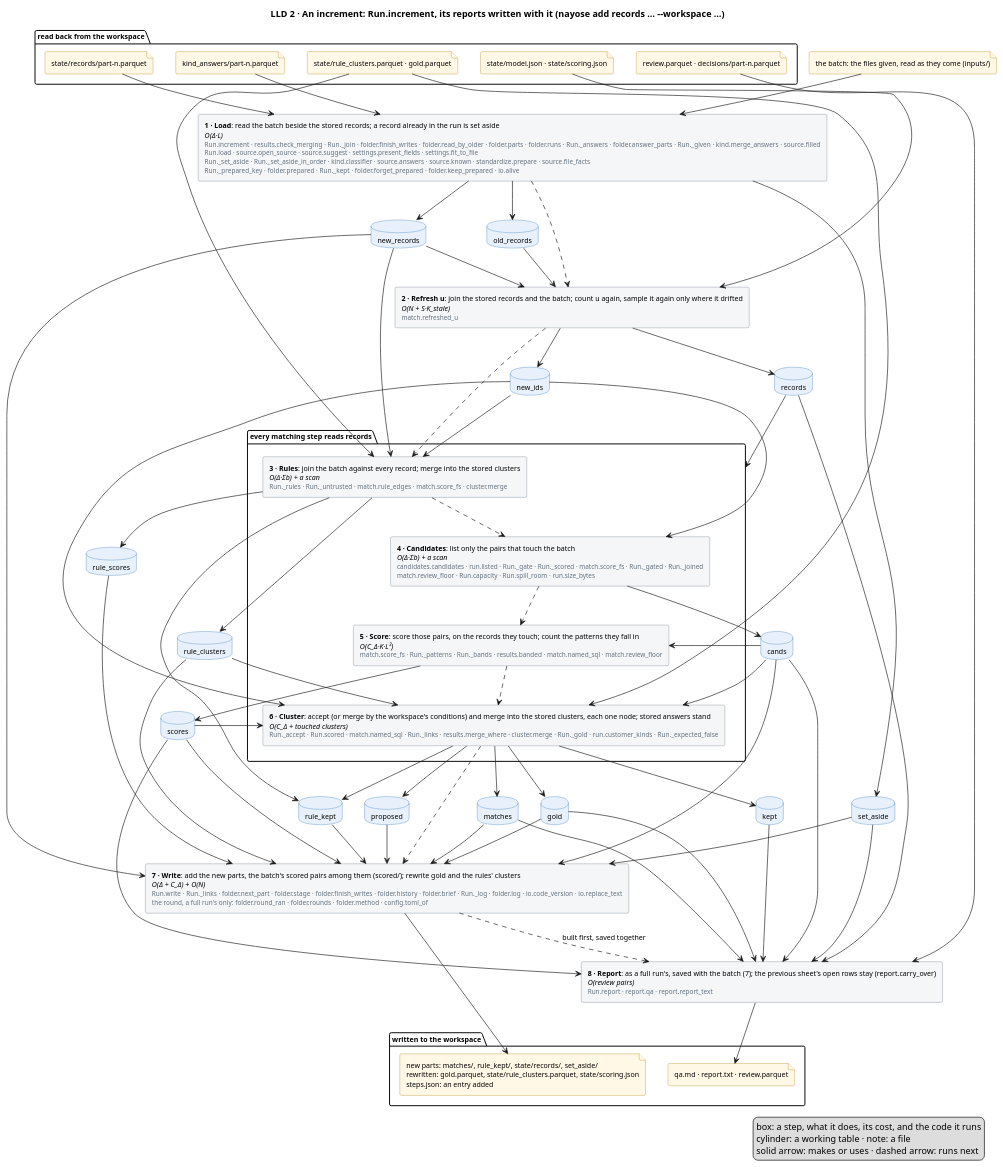
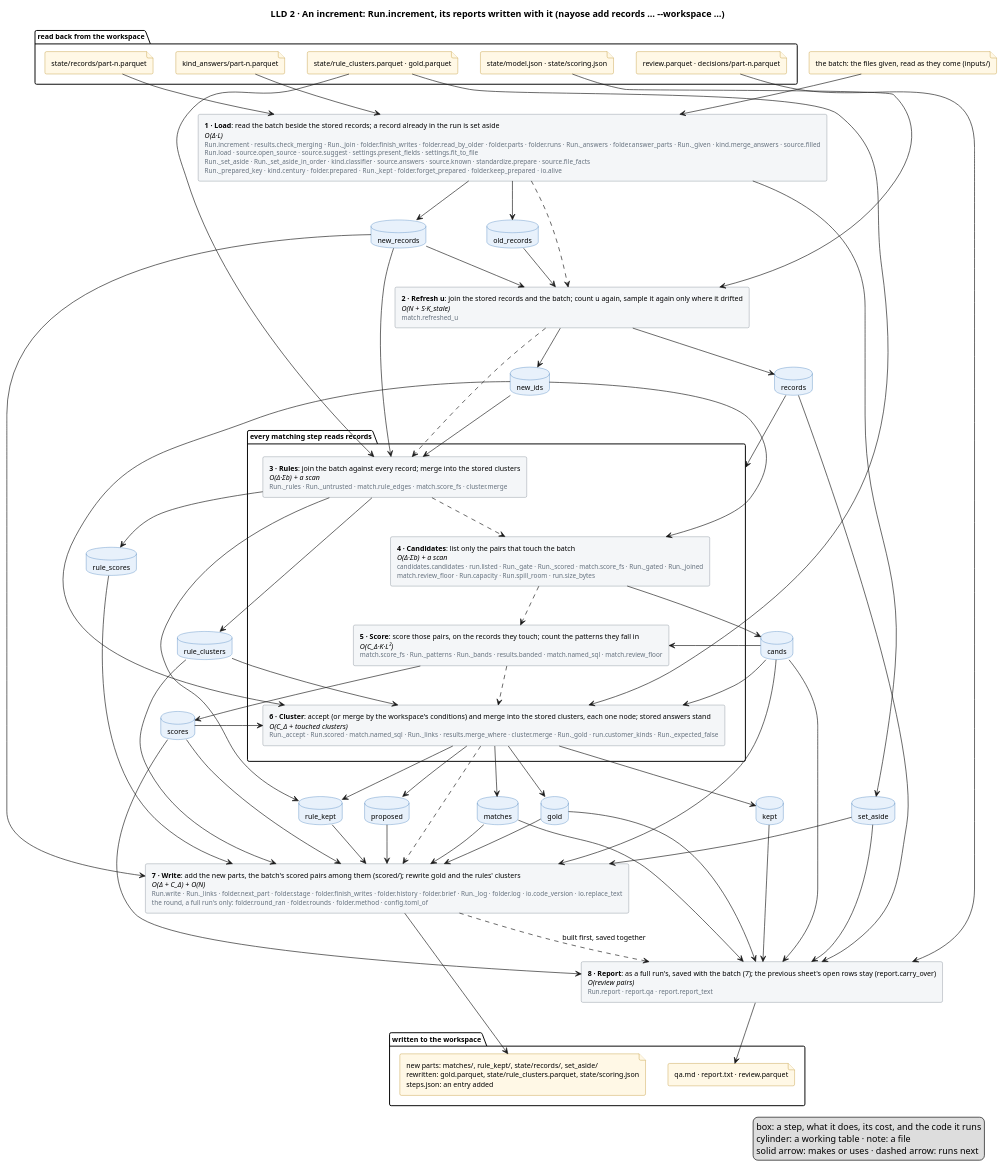
One commit to mvsbm/entity_matching changed the diagram in docs/diagrams/increment.puml. Above: the diagram before and after it, drawn with PlantUML. The commit also changed 20 other files, not shown here.

Commit message:
The file given last is the one a run reads, held already or new; generate refuses a busy workspace and one whose mapping a run can't use before making any record; 2-digit birth years read by this year; a workspace on object storage refused; a search says which fields its run can't be searched by

```diff
--- a/docs/diagrams/increment.puml
+++ b/docs/diagrams/increment.puml
@@ -1,124 +1,124 @@
 @startuml increment
 title LLD 2 · An increment: Run.increment, its reports written with it (nayose add records … ~--workspace …)
 skinparam defaultFontSize 11
 skinparam rectangle {
   BackgroundColor #F4F6F8
   BorderColor #65717E
 }
 skinparam database {
   BackgroundColor #E8F1FB
   BorderColor #2C6DB3
 }
 skinparam file {
   BackgroundColor #FFF8E6
   BorderColor #B07D00
 }
 
 package "read back from the workspace" {
   file "state/model.json · state/scoring.json" as f_model
   file "state/records/part-n.parquet" as f_records
   file "state/rule_clusters.parquet · gold.parquet" as f_clusters
   file "kind_answers/part-n.parquet" as f_answers
   file "review.parquet · decisions/part-n.parquet" as f_sheet
 }
 file "the batch: the files given, read as they come (inputs/)" as f_batch
 
 
-rectangle "<b>1 · Load</b>: read the batch beside the stored records; a record already in the run is set aside\n<i>O(Δ·L)</i>\n<size:10><color:#65717E>Run.increment · results.check_merging · Run._join · folder.finish_writes · folder.read_by_older · folder.parts · folder.runs · Run._answers · folder.answer_parts · Run._given · kind.merge_answers · source.filled</color></size>\n<size:10><color:#65717E>Run.load · source.open_source · source.suggest · settings.present_fields · settings.fit_to_file</color></size>\n<size:10><color:#65717E>Run._set_aside · Run._set_aside_in_order · kind.classifier · source.answers · source.known · standardize.prepare · source.file_facts</color></size>\n<size:10><color:#65717E>Run._prepared_key · folder.prepared · Run._kept · folder.forget_prepared · folder.keep_prepared · io.alive</color></size>" as load
+rectangle "<b>1 · Load</b>: read the batch beside the stored records; a record already in the run is set aside\n<i>O(Δ·L)</i>\n<size:10><color:#65717E>Run.increment · results.check_merging · Run._join · folder.finish_writes · folder.read_by_older · folder.parts · folder.runs · Run._answers · folder.answer_parts · Run._given · kind.merge_answers · source.filled</color></size>\n<size:10><color:#65717E>Run.load · source.open_source · source.suggest · settings.present_fields · settings.fit_to_file</color></size>\n<size:10><color:#65717E>Run._set_aside · Run._set_aside_in_order · kind.classifier · source.answers · source.known · standardize.prepare · source.file_facts</color></size>\n<size:10><color:#65717E>Run._prepared_key · kind.century · folder.prepared · Run._kept · folder.forget_prepared · folder.keep_prepared · io.alive</color></size>" as load
 rectangle "<b>2 · Refresh u</b>: join the stored records and the batch; count u again, sample it again only where it drifted\n<i>O(N + S·K_stale)</i>\n<size:10><color:#65717E>match.refreshed_u</color></size>" as fit
 package "every matching step reads records" as matching {
   rectangle "<b>3 · Rules</b>: join the batch against every record; merge into the stored clusters\n<i>O(Δ·Σb) + a scan</i>\n<size:10><color:#65717E>Run._rules · Run._untrusted · match.rule_edges · match.score_fs · cluster.merge</color></size>" as rules
   rectangle "<b>4 · Candidates</b>: list only the pairs that touch the batch\n<i>O(Δ·Σb) + a scan</i>\n<size:10><color:#65717E>candidates.candidates · run.listed · Run._gate · Run._scored · match.score_fs · Run._gated · Run._joined</color></size>\n<size:10><color:#65717E>match.review_floor · Run.capacity · Run.spill_room · run.size_bytes</color></size>" as candidates
   rectangle "<b>5 · Score</b>: score those pairs, on the records they touch; count the patterns they fall in\n<i>O(C_Δ·K·L²)</i>\n<size:10><color:#65717E>match.score_fs · Run._patterns · Run._bands · results.banded · match.named_sql · match.review_floor</color></size>" as score
   rectangle "<b>6 · Cluster</b>: accept (or merge by the workspace's conditions) and merge into the stored clusters, each one node; stored answers stand\n<i>O(C_Δ + touched clusters)</i>\n<size:10><color:#65717E>Run._accept · Run.scored · match.named_sql · Run._links · results.merge_where · cluster.merge · Run._gold · run.customer_kinds · Run._expected_false</color></size>" as cluster
 }
 rectangle "<b>7 · Write</b>: add the new parts, the batch's scored pairs among them (scored/); rewrite gold and the rules' clusters\n<i>O(Δ + C_Δ) + O(N)</i>\n<size:10><color:#65717E>Run.write · Run._links · folder.next_part · folder.stage · folder.finish_writes · folder.history · folder.brief · Run._log · folder.log · io.code_version · io.replace_text</color></size>\n<size:10><color:#65717E>the round, a full run's only: folder.round_ran · folder.rounds · folder.method · config.toml_of</color></size>" as write
 rectangle "<b>8 · Report</b>: as a full run's, saved with the batch (7); the previous sheet's open rows stay (report.carry_over)\n<i>O(review pairs)</i>\n<size:10><color:#65717E>Run.report · report.qa · report.report_text</color></size>" as report
 database "old_records" as old_records
 database "new_records" as new_records
 database "set_aside" as set_aside
 database "records" as records
 database "new_ids" as new_ids
 database "rule_clusters" as rule_clusters
 database "rule_kept" as rule_kept
 database "cands" as cands
 database "scores" as scores
 database "rule_scores" as rule_scores
 database "matches" as matches
 database "proposed" as proposed
 database "kept" as kept
 database "gold" as gold
 
 package "written to the workspace" {
   file "new parts: matches/, rule_kept/, state/records/, set_aside/\nrewritten: gold.parquet, state/rule_clusters.parquet, state/scoring.json\nsteps.json: an entry added" as f_out
   file "qa.md · report.txt · review.parquet" as f_people
 }
 
 f_batch --> load
 f_records --> load
 f_answers --> load
 f_model --> fit
 f_clusters --> rules
 f_clusters --> cluster
 f_sheet --> report
 
 load ..> fit
 fit ..> rules
 rules ..> candidates
 candidates ..> score
 score ..> cluster
 cluster ..> write
 write ..> report : built first, saved together
 
 load --> old_records
 load --> new_records
 load --> set_aside
 old_records --> fit
 new_records --> fit
 fit --> records
 fit --> new_ids
 records --> matching
 new_records --> rules
 new_ids --> rules
 rules --> rule_clusters
 rules --> rule_kept
 rules --> rule_scores
 rule_scores --> write
 cands --> write
 scores --> write
 new_ids --> candidates
 candidates --> cands
 cands --> score
 score --> scores
 new_ids --> cluster
 rule_clusters --> cluster
 cands --> cluster
 scores --> cluster
 cluster --> matches
 cluster --> proposed
 cluster --> kept
 cluster --> rule_kept
 kept --> report
 proposed --> write
 cluster --> gold
 new_records --> write
 rule_clusters --> write
 rule_kept --> write
 matches --> write
 gold --> write
 set_aside --> write
 records --> report
 cands --> report
 scores --> report
 matches --> report
 gold --> report
 set_aside --> report
 
 write --> f_out
 report --> f_people
 legend right
   box: a step, what it does, its cost, and the code it runs
   cylinder: a working table · note: a file
   solid arrow: makes or uses · dashed arrow: runs next
 endlegend
 @enduml
```
